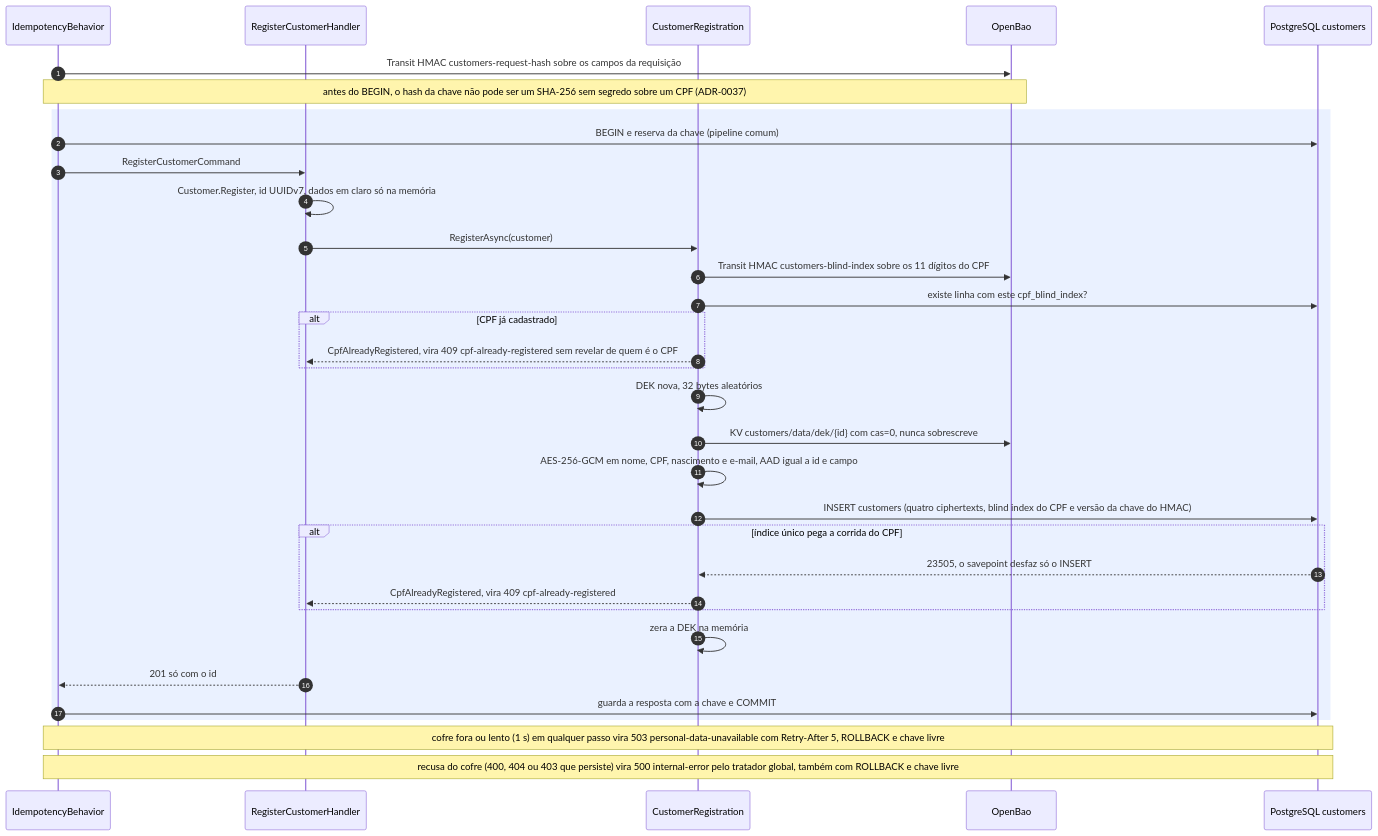
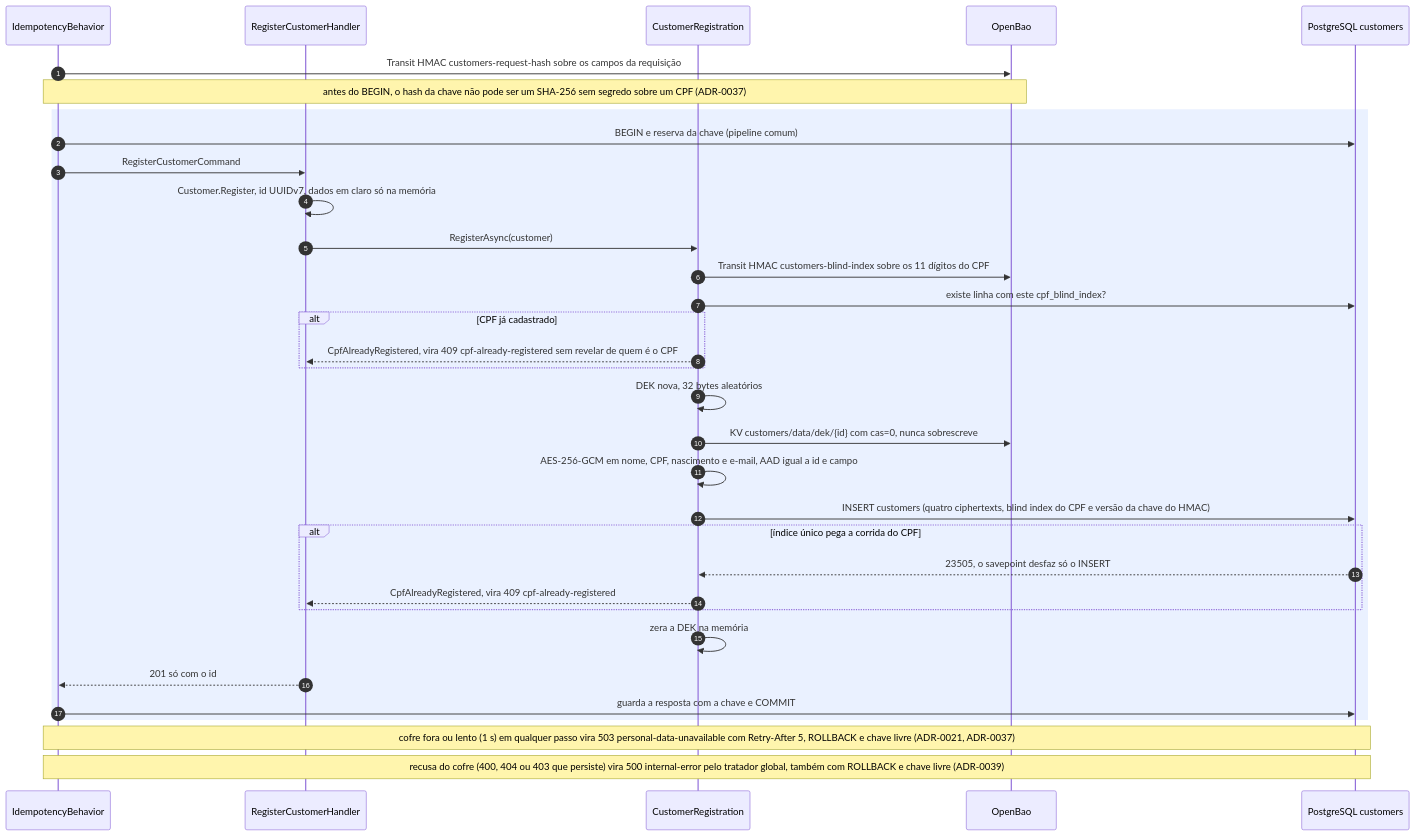
One commit to arthuurw/desafio-arquiteto-keyrus changed the first of 5 diagrams in docs/arquitetura/fluxos-customers.md. Above: the diagram before and after it, drawn with Mermaid. The commit also changed other lines of this file and 4 other files, not shown here.

First line of the commit message:
docs(fluxos): close the code review findings on the flow docs

````diff
--- a/docs/arquitetura/fluxos-customers.md
+++ b/docs/arquitetura/fluxos-customers.md
@@ -14,36 +14,36 @@
 ```mermaid
 sequenceDiagram
   autonumber
   participant B as IdempotencyBehavior
   participant H as RegisterCustomerHandler
   participant R as CustomerRegistration
   participant V as OpenBao
   participant DB as PostgreSQL customers
 
   B->>V: Transit HMAC customers-request-hash sobre os campos da requisição
   Note over B,V: antes do BEGIN, o hash da chave não pode ser um SHA-256 sem segredo sobre um CPF (ADR-0037)
   rect rgba(80, 140, 255, 0.12)
     B->>DB: BEGIN e reserva da chave (pipeline comum)
     B->>H: RegisterCustomerCommand
     H->>H: Customer.Register, id UUIDv7, dados em claro só na memória
     H->>R: RegisterAsync(customer)
     R->>V: Transit HMAC customers-blind-index sobre os 11 dígitos do CPF
     R->>DB: existe linha com este cpf_blind_index?
     alt CPF já cadastrado
       R-->>H: CpfAlreadyRegistered, vira 409 cpf-already-registered sem revelar de quem é o CPF
     end
     R->>R: DEK nova, 32 bytes aleatórios
     R->>V: KV customers/data/dek/{id} com cas=0, nunca sobrescreve
     R->>R: AES-256-GCM em nome, CPF, nascimento e e-mail, AAD igual a id e campo
     R->>DB: INSERT customers (quatro ciphertexts, blind index do CPF e versão da chave do HMAC)
     alt índice único pega a corrida do CPF
       DB-->>R: 23505, o savepoint desfaz só o INSERT
       R-->>H: CpfAlreadyRegistered, vira 409 cpf-already-registered
     end
     R->>R: zera a DEK na memória
     H-->>B: 201 só com o id
     B->>DB: guarda a resposta com a chave e COMMIT
   end
-  Note over B,DB: cofre fora ou lento (1 s) em qualquer passo vira 503 personal-data-unavailable com Retry-After 5, ROLLBACK e chave livre
-  Note over B,DB: recusa do cofre (400, 404 ou 403 que persiste) vira 500 internal-error pelo tratador global, também com ROLLBACK e chave livre
+  Note over B,DB: cofre fora ou lento (1 s) em qualquer passo vira 503 personal-data-unavailable com Retry-After 5, ROLLBACK e chave livre (ADR-0021, ADR-0037)
+  Note over B,DB: recusa do cofre (400, 404 ou 403 que persiste) vira 500 internal-error pelo tratador global, também com ROLLBACK e chave livre (ADR-0039)
 ```
````
